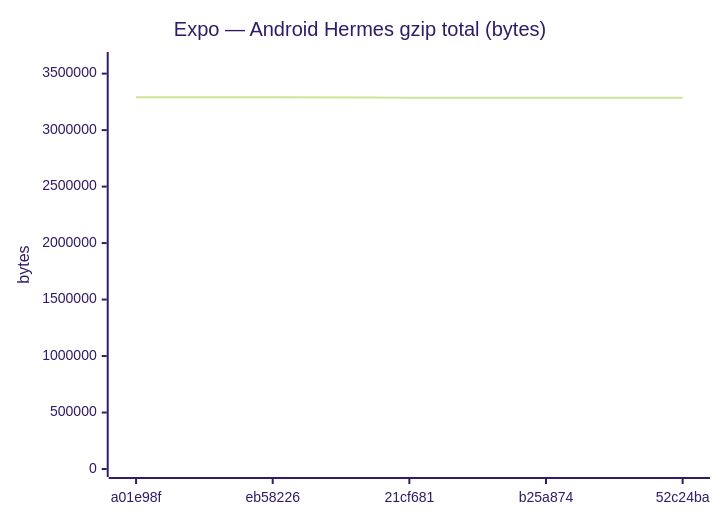
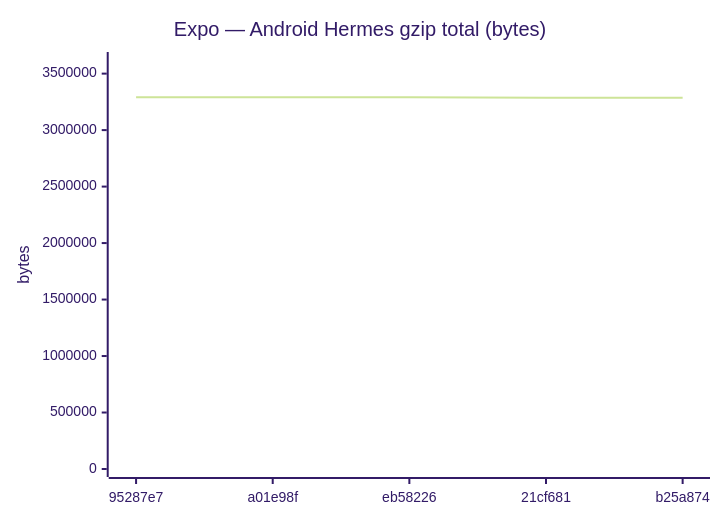
Diagram 11 of 18 in benchmarks/compare.md (Metaheurist/Rianell), drawn with Mermaid (forest theme) before and after one commit. The commit also changed other lines of this file and 11 other files, not shown here.

````diff
--- a/benchmarks/compare.md
+++ b/benchmarks/compare.md
@@ -172,7 +172,7 @@
 ```mermaid
 xychart-beta
     title "Expo — Android Hermes gzip total (bytes)"
-    x-axis ["a01e98f", "eb58226", "21cf681", "b25a874", "52c24ba"]
+    x-axis ["95287e7", "a01e98f", "eb58226", "21cf681", "b25a874"]
     y-axis "bytes" 0 --> 3620611
-    line [3291455, 3291464, 3287427, 3287424, 3287423]
+    line [3291461, 3291455, 3291464, 3287427, 3287424]
 ```
````
